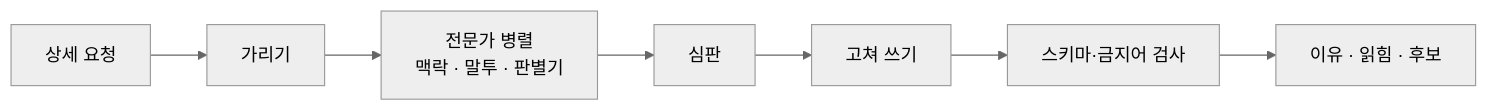
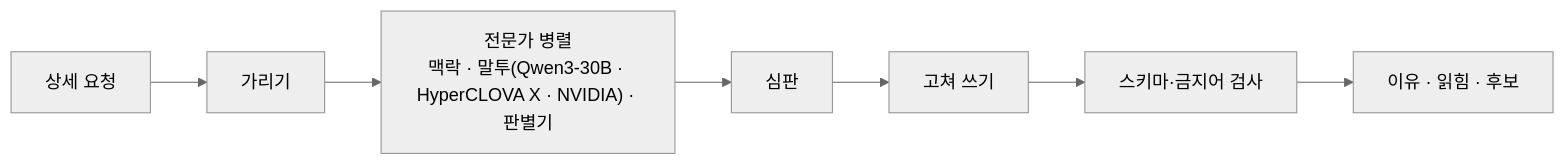
One commit to Daegyu519/Adventure_Design changed the third of 3 diagrams in docs/architecture-diagrams.md. Above: the diagram before and after it, drawn with Mermaid (neutral theme). The commit also changed other lines of this file and 2 other files, not shown here.

Commit message:
문서: HyperCLOVA X SEED Omni 8B(상세 보기 앙상블) 반영 — README 모델 줄·그림, 운영 문서 서버 목록

````diff
--- a/docs/architecture-diagrams.md
+++ b/docs/architecture-diagrams.md
@@ -62,9 +62,9 @@
 ```mermaid
 flowchart LR
   REQ["상세 요청"] --> MASK["가리기"]
-  MASK --> EXP["전문가 병렬<br/>맥락 · 말투 · 판별기"]
+  MASK --> EXP["전문가 병렬<br/>맥락 · 말투(Qwen3-30B · HyperCLOVA X · NVIDIA) · 판별기"]
   EXP --> J["심판"]
   J --> RW["고쳐 쓰기"]
   RW --> CHK["스키마·금지어 검사"]
   CHK --> OUT["이유 · 읽힘 · 후보"]
 ```
````
